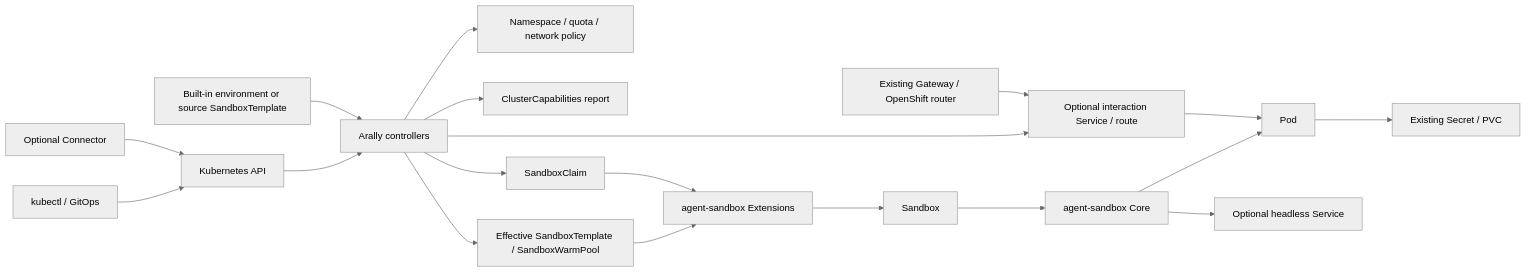
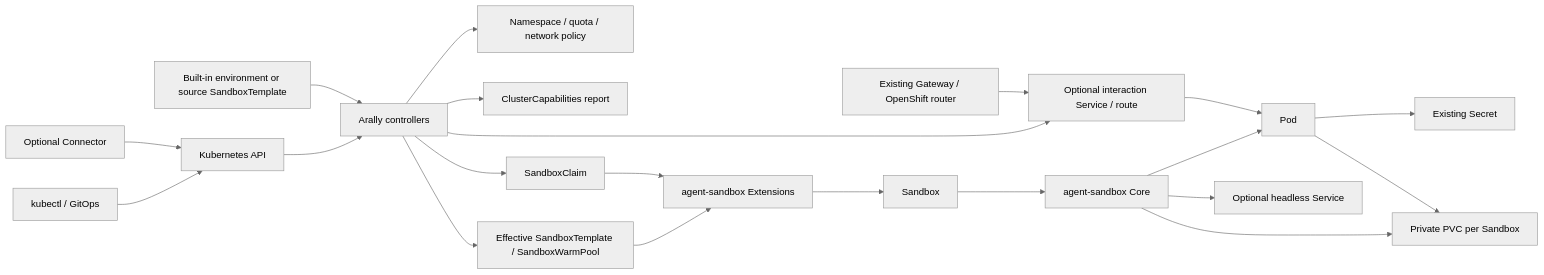
One commit to chizhang21/agentrally-operator changed the diagram in docs/architecture.md. Above: the diagram before and after it, drawn with Mermaid (neutral theme). The commit also changed other lines of this file and 44 other files, not shown here.

Commit message:
Enable private PVC workspaces for warm sandboxes

````diff
--- a/docs/architecture.md
+++ b/docs/architecture.md
@@ -9,21 +9,23 @@
 ```mermaid
 flowchart LR
     U[kubectl / GitOps] --> K[Kubernetes API]
     X[Optional Connector] --> K
     K --> A[Arally controllers]
     A --> G[Namespace / quota / network policy]
     A --> I[ClusterCapabilities report]
     T[Built-in environment or source SandboxTemplate] --> A
     A --> WP[Effective SandboxTemplate / SandboxWarmPool]
     A --> CL[SandboxClaim]
     WP --> EX[agent-sandbox Extensions]
     CL --> EX
     EX --> S[Sandbox]
     S --> C[agent-sandbox Core]
     C --> P[Pod]
     C --> H[Optional headless Service]
+    C --> V[Private PVC per Sandbox]
     A --> E[Optional interaction Service / route]
     GW[Existing Gateway / OpenShift router] --> E
     E --> P
-    P --> D[Existing Secret / PVC]
+    P --> D[Existing Secret]
+    P --> V
 ```
````
